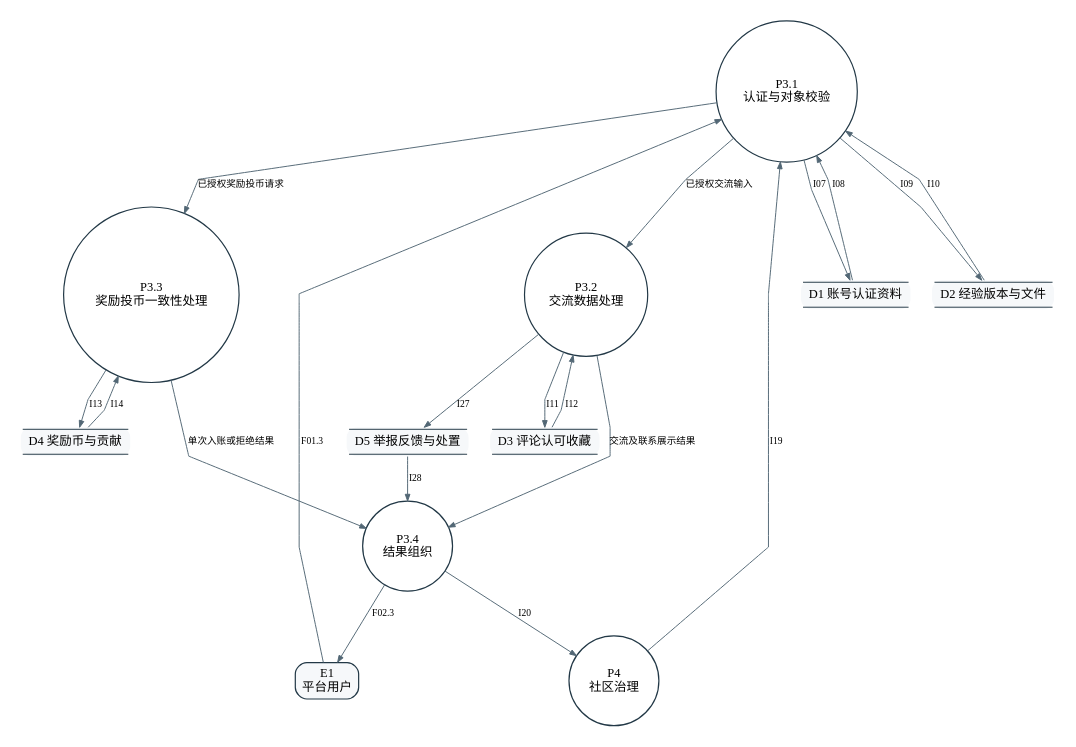
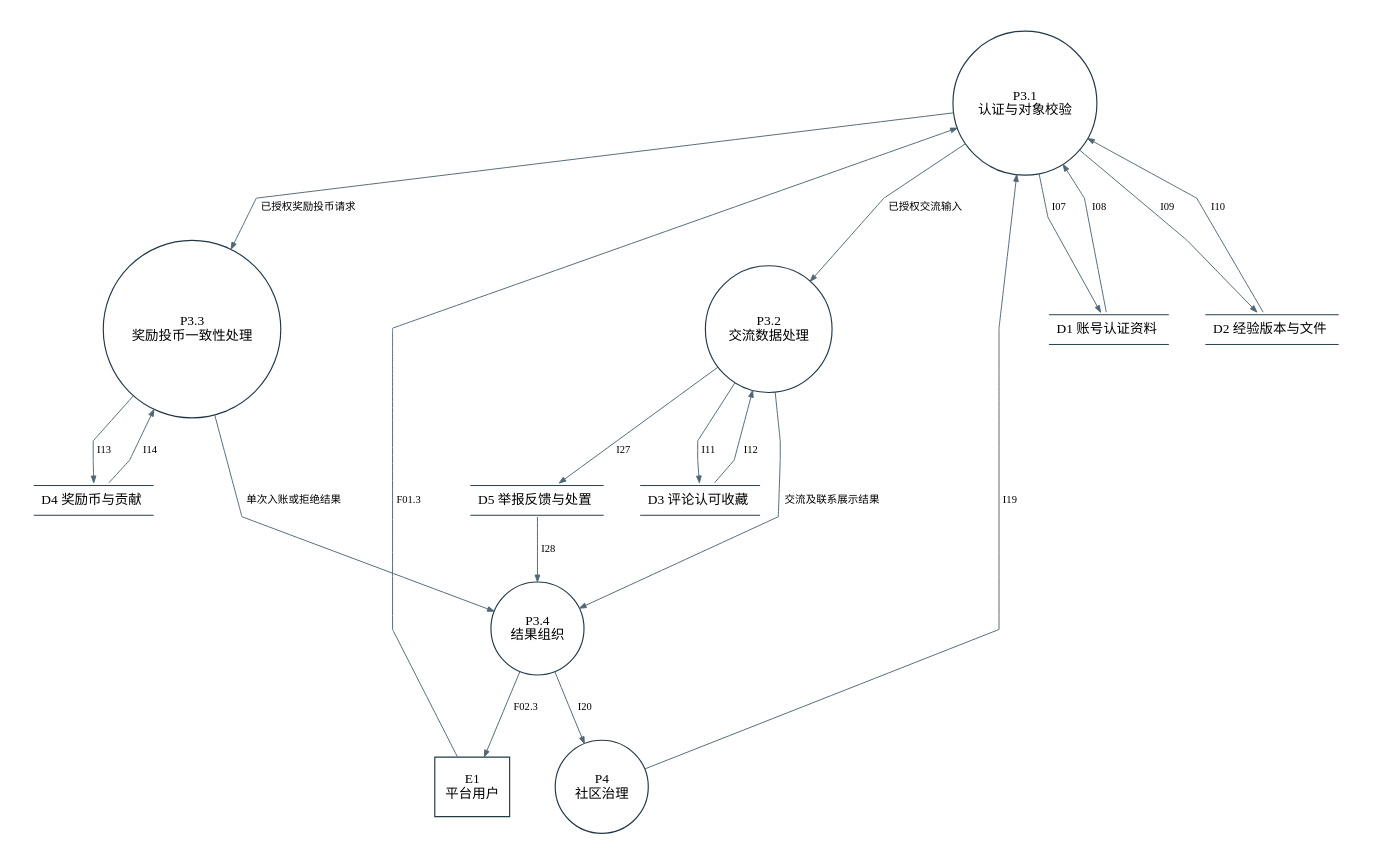
The diagram in docs/project/models/图表与模型/DFD31.dot (jason-bitc/HZCU-CampusHub), drawn with Graphviz before and after one commit. The commit also changed 90 other files, not shown here.

```diff
--- a/docs/project/models/图表与模型/DFD31.dot
+++ b/docs/project/models/图表与模型/DFD31.dot
@@ -1,34 +1,34 @@
 digraph G {
-graph [rankdir=TB,nodesep=0.30,ranksep=0.48,bgcolor="white",splines=polyline,pad=0.20];
-node [fontname="Microsoft YaHei",fontsize=13,color="#223846",penwidth=1.25,margin="0.10,0.07",style="rounded,filled",fillcolor="#F6F8FA"];
-edge [fontname="Microsoft YaHei",fontsize=10,color="#526775",arrowsize=0.7];
-"P3.1" [shape=circle,label="P3.1\n认证与对象校验",style="filled",fillcolor="white"];
-"P3.2" [shape=circle,label="P3.2\n交流数据处理",style="filled",fillcolor="white"];
-"P3.3" [shape=circle,label="P3.3\n奖励投币一致性处理",style="filled",fillcolor="white"];
-"P3.4" [shape=circle,label="P3.4\n结果组织",style="filled",fillcolor="white"];
-"E1" [shape=box,label="E1\n平台用户"];
-"D1" [shape=plain,label=<<TABLE BORDER="0" CELLBORDER="0" CELLPADDING="5"><TR><TD BORDER="1" SIDES="TB">D1 账号认证资料</TD></TR></TABLE>>];
-"D2" [shape=plain,label=<<TABLE BORDER="0" CELLBORDER="0" CELLPADDING="5"><TR><TD BORDER="1" SIDES="TB">D2 经验版本与文件</TD></TR></TABLE>>];
-"D3" [shape=plain,label=<<TABLE BORDER="0" CELLBORDER="0" CELLPADDING="5"><TR><TD BORDER="1" SIDES="TB">D3 评论认可收藏</TD></TR></TABLE>>];
-"D4" [shape=plain,label=<<TABLE BORDER="0" CELLBORDER="0" CELLPADDING="5"><TR><TD BORDER="1" SIDES="TB">D4 奖励币与贡献</TD></TR></TABLE>>];
-"D5" [shape=plain,label=<<TABLE BORDER="0" CELLBORDER="0" CELLPADDING="5"><TR><TD BORDER="1" SIDES="TB">D5 举报反馈与处置</TD></TR></TABLE>>];
-"P4" [shape=circle,label="P4\n社区治理",style="filled",fillcolor="white"];
-"E1" -> "P3.1" [label="F01.3"];
-"P3.4" -> "E1" [label="F02.3"];
-"P3.1" -> "D1" [label="I07"];
-"D1" -> "P3.1" [label="I08"];
-"P3.1" -> "D2" [label="I09"];
-"D2" -> "P3.1" [label="I10"];
-"P3.2" -> "D3" [label="I11"];
-"D3" -> "P3.2" [label="I12"];
-"P3.3" -> "D4" [label="I13"];
-"D4" -> "P3.3" [label="I14"];
-"P4" -> "P3.1" [label="I19"];
-"P3.4" -> "P4" [label="I20"];
-"P3.2" -> "D5" [label="I27"];
-"D5" -> "P3.4" [label="I28"];
-"P3.1" -> "P3.2" [label="已授权交流输入"];
-"P3.1" -> "P3.3" [label="已授权奖励投币请求"];
-"P3.2" -> "P3.4" [label="交流及联系展示结果"];
-"P3.3" -> "P3.4" [label="单次入账或拒绝结果"];
+graph [rankdir=TB,nodesep=0.45,ranksep=0.65,bgcolor="white",splines=polyline,pad=0.35];
+node [fontname="Microsoft YaHei",fontsize=14,color="#223846",penwidth=1.2,margin="0.12,0.10",fillcolor="white",style="filled"];
+edge [fontname="Microsoft YaHei",fontsize=11,color="#526775",arrowsize=0.7];
+"P3.1" [shape=circle,label="P3.1\n认证与对象校验",width=2.083,height=2.083];
+"P3.2" [shape=circle,label="P3.2\n交流数据处理",width=1.840,height=1.840];
+"P3.3" [shape=circle,label="P3.3\n奖励投币一致性处理",width=2.569,height=2.569];
+"P3.4" [shape=circle,label="P3.4\n结果组织",width=1.354,height=1.354];
+"E1" [shape=box,label="E1\n平台用户",width=1.083,height=0.861];
+"D1" [shape=plain,label=<<TABLE BORDER="0" CELLBORDER="0" CELLPADDING="7" WIDTH="131"><TR><TD BORDER="1" SIDES="TB"><FONT FACE="Microsoft YaHei" POINT-SIZE="14">D1 账号认证资料</FONT></TD></TR></TABLE>>];
+"D2" [shape=plain,label=<<TABLE BORDER="0" CELLBORDER="0" CELLPADDING="7" WIDTH="145"><TR><TD BORDER="1" SIDES="TB"><FONT FACE="Microsoft YaHei" POINT-SIZE="14">D2 经验版本与文件</FONT></TD></TR></TABLE>>];
+"D3" [shape=plain,label=<<TABLE BORDER="0" CELLBORDER="0" CELLPADDING="7" WIDTH="131"><TR><TD BORDER="1" SIDES="TB"><FONT FACE="Microsoft YaHei" POINT-SIZE="14">D3 评论认可收藏</FONT></TD></TR></TABLE>>];
+"D4" [shape=plain,label=<<TABLE BORDER="0" CELLBORDER="0" CELLPADDING="7" WIDTH="131"><TR><TD BORDER="1" SIDES="TB"><FONT FACE="Microsoft YaHei" POINT-SIZE="14">D4 奖励币与贡献</FONT></TD></TR></TABLE>>];
+"D5" [shape=plain,label=<<TABLE BORDER="0" CELLBORDER="0" CELLPADDING="7" WIDTH="145"><TR><TD BORDER="1" SIDES="TB"><FONT FACE="Microsoft YaHei" POINT-SIZE="14">D5 举报反馈与处置</FONT></TD></TR></TABLE>>];
+"P4" [shape=circle,label="P4\n社区治理",width=1.354,height=1.354];
+"E1" -> "P3.1" [label=<<TABLE BORDER="0" CELLBORDER="0" CELLPADDING="2" WIDTH="46"><TR><TD><FONT FACE="Microsoft YaHei" POINT-SIZE="11">F01.3</FONT></TD></TR></TABLE>>];
+"P3.4" -> "E1" [label=<<TABLE BORDER="0" CELLBORDER="0" CELLPADDING="2" WIDTH="46"><TR><TD><FONT FACE="Microsoft YaHei" POINT-SIZE="11">F02.3</FONT></TD></TR></TABLE>>];
+"P3.1" -> "D1" [label=<<TABLE BORDER="0" CELLBORDER="0" CELLPADDING="2" WIDTH="34"><TR><TD><FONT FACE="Microsoft YaHei" POINT-SIZE="11">I07</FONT></TD></TR></TABLE>>];
+"D1" -> "P3.1" [label=<<TABLE BORDER="0" CELLBORDER="0" CELLPADDING="2" WIDTH="34"><TR><TD><FONT FACE="Microsoft YaHei" POINT-SIZE="11">I08</FONT></TD></TR></TABLE>>];
+"P3.1" -> "D2" [label=<<TABLE BORDER="0" CELLBORDER="0" CELLPADDING="2" WIDTH="34"><TR><TD><FONT FACE="Microsoft YaHei" POINT-SIZE="11">I09</FONT></TD></TR></TABLE>>];
+"D2" -> "P3.1" [label=<<TABLE BORDER="0" CELLBORDER="0" CELLPADDING="2" WIDTH="34"><TR><TD><FONT FACE="Microsoft YaHei" POINT-SIZE="11">I10</FONT></TD></TR></TABLE>>];
+"P3.2" -> "D3" [label=<<TABLE BORDER="0" CELLBORDER="0" CELLPADDING="2" WIDTH="34"><TR><TD><FONT FACE="Microsoft YaHei" POINT-SIZE="11">I11</FONT></TD></TR></TABLE>>];
+"D3" -> "P3.2" [label=<<TABLE BORDER="0" CELLBORDER="0" CELLPADDING="2" WIDTH="34"><TR><TD><FONT FACE="Microsoft YaHei" POINT-SIZE="11">I12</FONT></TD></TR></TABLE>>];
+"P3.3" -> "D4" [label=<<TABLE BORDER="0" CELLBORDER="0" CELLPADDING="2" WIDTH="34"><TR><TD><FONT FACE="Microsoft YaHei" POINT-SIZE="11">I13</FONT></TD></TR></TABLE>>];
+"D4" -> "P3.3" [label=<<TABLE BORDER="0" CELLBORDER="0" CELLPADDING="2" WIDTH="34"><TR><TD><FONT FACE="Microsoft YaHei" POINT-SIZE="11">I14</FONT></TD></TR></TABLE>>];
+"P4" -> "P3.1" [label=<<TABLE BORDER="0" CELLBORDER="0" CELLPADDING="2" WIDTH="34"><TR><TD><FONT FACE="Microsoft YaHei" POINT-SIZE="11">I19</FONT></TD></TR></TABLE>>];
+"P3.4" -> "P4" [label=<<TABLE BORDER="0" CELLBORDER="0" CELLPADDING="2" WIDTH="34"><TR><TD><FONT FACE="Microsoft YaHei" POINT-SIZE="11">I20</FONT></TD></TR></TABLE>>];
+"P3.2" -> "D5" [label=<<TABLE BORDER="0" CELLBORDER="0" CELLPADDING="2" WIDTH="34"><TR><TD><FONT FACE="Microsoft YaHei" POINT-SIZE="11">I27</FONT></TD></TR></TABLE>>];
+"D5" -> "P3.4" [label=<<TABLE BORDER="0" CELLBORDER="0" CELLPADDING="2" WIDTH="34"><TR><TD><FONT FACE="Microsoft YaHei" POINT-SIZE="11">I28</FONT></TD></TR></TABLE>>];
+"P3.1" -> "P3.2" [label=<<TABLE BORDER="0" CELLBORDER="0" CELLPADDING="2" WIDTH="95"><TR><TD><FONT FACE="Microsoft YaHei" POINT-SIZE="11">已授权交流输入</FONT></TD></TR></TABLE>>];
+"P3.1" -> "P3.3" [label=<<TABLE BORDER="0" CELLBORDER="0" CELLPADDING="2" WIDTH="117"><TR><TD><FONT FACE="Microsoft YaHei" POINT-SIZE="11">已授权奖励投币请求</FONT></TD></TR></TABLE>>];
+"P3.2" -> "P3.4" [label=<<TABLE BORDER="0" CELLBORDER="0" CELLPADDING="2" WIDTH="117"><TR><TD><FONT FACE="Microsoft YaHei" POINT-SIZE="11">交流及联系展示结果</FONT></TD></TR></TABLE>>];
+"P3.3" -> "P3.4" [label=<<TABLE BORDER="0" CELLBORDER="0" CELLPADDING="2" WIDTH="117"><TR><TD><FONT FACE="Microsoft YaHei" POINT-SIZE="11">单次入账或拒绝结果</FONT></TD></TR></TABLE>>];
 }
```
